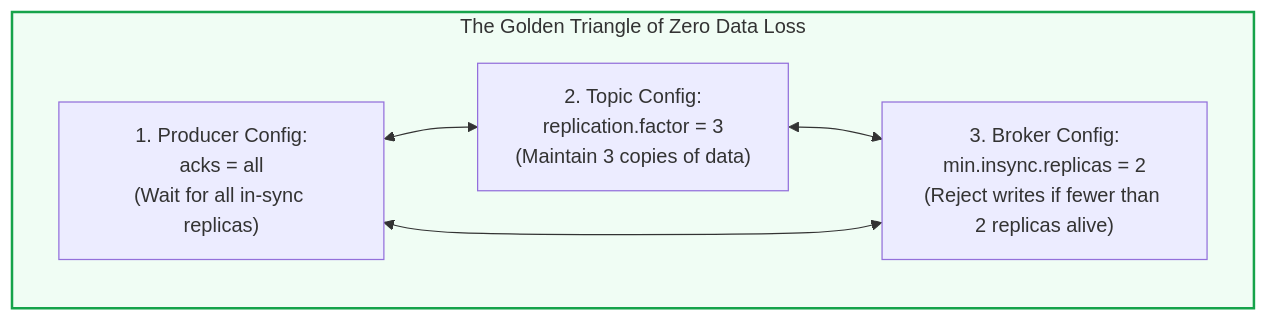
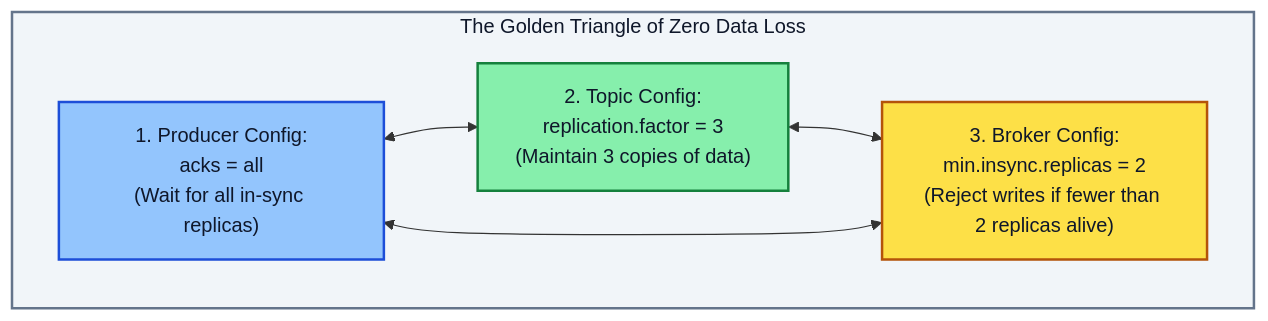
One commit to PandeyKishan/Study-Notes changed the third of 4 diagrams in 03-Apache-Kafka/02-Producer-Internals-and-Delivery-Semantics.md. Above: the diagram before and after it, drawn with Mermaid. The commit also changed other lines of this file and 22 other files, not shown here.

Commit message:
docs: enhance diagram visibility with high-contrast palette and add concise book definitions

````diff
--- a/03-Apache-Kafka/02-Producer-Internals-and-Delivery-Semantics.md
+++ b/03-Apache-Kafka/02-Producer-Internals-and-Delivery-Semantics.md
@@ -131,14 +149,17 @@
 ```mermaid
 flowchart TD
     subgraph Golden_Triangle["The Golden Triangle of Zero Data Loss"]
         A["1. Producer Config:\nacks = all\n(Wait for all in-sync replicas)"]
         B["2. Topic Config:\nreplication.factor = 3\n(Maintain 3 copies of data)"]
         C["3. Broker Config:\nmin.insync.replicas = 2\n(Reject writes if fewer than 2 replicas alive)"]
 
         A <--> B
         B <--> C
         C <--> A
     end
 
-    style Golden_Triangle fill:#f0fdf4,stroke:#16a34a,stroke-width:2px
+    style Golden_Triangle fill:#f1f5f9,stroke:#64748b,stroke-width:2px,color:#0f172a
+    style A fill:#93c5fd,stroke:#1d4ed8,stroke-width:2px,color:#0f172a
+    style B fill:#86efac,stroke:#15803d,stroke-width:2px,color:#0f172a
+    style C fill:#fde047,stroke:#b45309,stroke-width:2px,color:#0f172a
 ```
````
